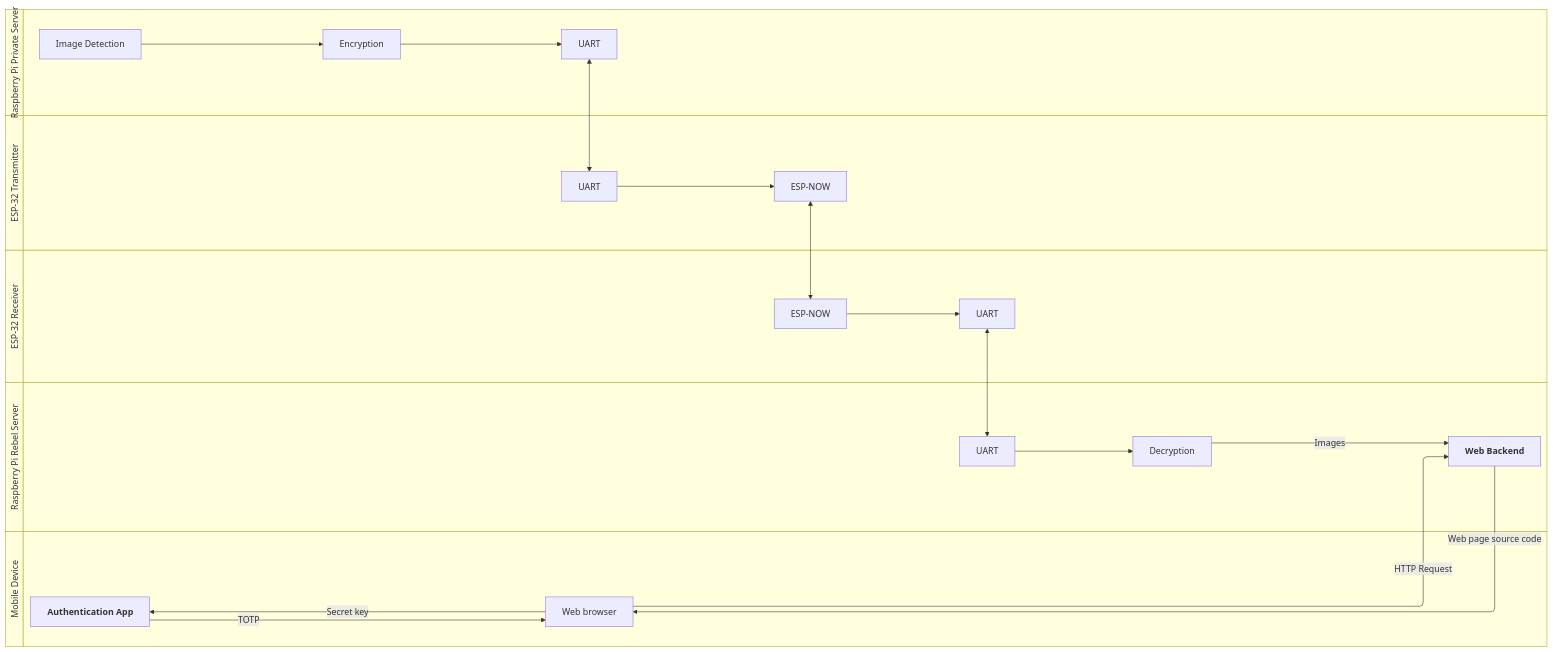
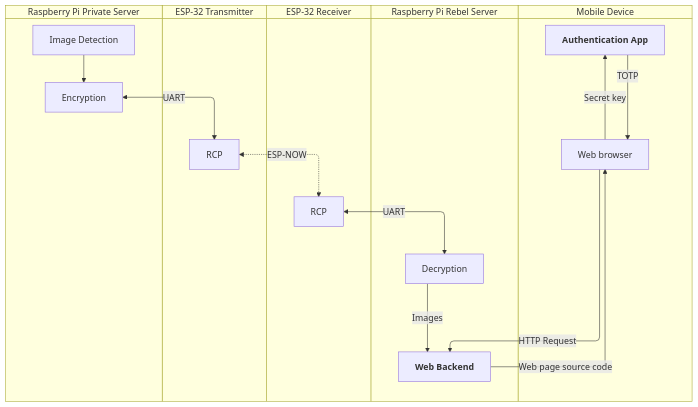
One commit to marcusgigandet/dsig changed the diagram in docs/architecture/Software.md. Above: the diagram before and after it, drawn with Mermaid. The commit also changed 1 other file, not shown here.

Commit message:
docs: Cleanup software architecture docs.

````diff
--- a/docs/architecture/Software.md
+++ b/docs/architecture/Software.md
@@ -3,45 +3,39 @@
 ```mermaid
-swimlane-beta LR
+swimlane-beta TB
     subgraph Pi_1["Raspberry Pi Private Server"]
         IMAGE_DETECTION["Image Detection"]
         Encryption
-        UART_1["UART"]
 
-        IMAGE_DETECTION --> Encryption --> UART_1
+        IMAGE_DETECTION --> Encryption
     end
 
     subgraph ESP_1["ESP-32 Transmitter"]
-        UART_2["UART"]
-        RF_1["ESP-NOW"]
-        UART_1 <--> UART_2
-        UART_2 --> RF_1
+        TX["RCP"]
     end
 
     subgraph ESP_2["ESP-32 Receiver"]
-        UART_3["UART"]
-        RF_2["ESP-NOW"]
-        RF_1 <--> RF_2
-        RF_2 --> UART_3
+        RX["RCP"]
     end
 
     subgraph Pi_2["Raspberry Pi Rebel Server"]
-        UART_4["UART"]
+        Decryption
         BACKEND["`**Web Backend**`"]
-        
-        UART_3 <--> UART_4
-        UART_4 --> Decryption
 
         Decryption -- Images --> BACKEND
     end
 
     subgraph MBL["Mobile Device"]
         BROWSE["Web browser"]
         AUTH["`**Authentication App**`"]
 
-        BACKEND -- Web page source code --> BROWSE
-        BROWSE -- HTTP Request --> BACKEND
-
         BROWSE -- Secret key --> AUTH
         AUTH -- TOTP --> BROWSE
     end
+
+    Encryption <-- UART --> TX
+    TX <-. ESP-NOW .-> RX
+    RX <-- UART --> Decryption
+
+    BACKEND -- Web page source code --> BROWSE
+    BROWSE -- HTTP Request --> BACKEND
 ```
````
